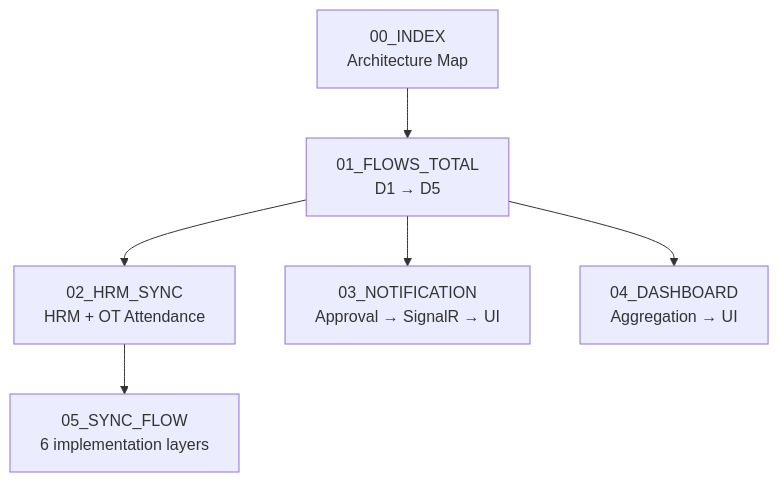
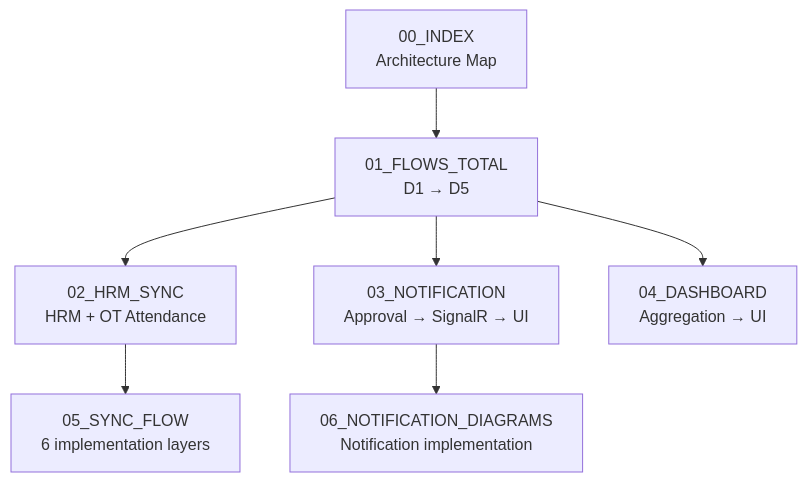
Before and after one commit to Nang0559/Reggister: the first of 4 diagrams in MÔ HÌNH/00_INDEX.md, drawn with Mermaid. The commit also changed other lines of this file, not shown here.

Commit message:
docs: link notification diagram supplement from architecture index

````diff
--- a/MÔ HÌNH/00_INDEX.md
+++ b/MÔ HÌNH/00_INDEX.md
@@ -9,8 +9,9 @@
 ```mermaid
 flowchart TD
     A[00_INDEX<br/>Architecture Map] --> B[01_FLOWS_TOTAL<br/>D1 → D5]
     B --> C[02_HRM_SYNC<br/>HRM + OT Attendance]
     B --> D[03_NOTIFICATION<br/>Approval → SignalR → UI]
     B --> E[04_DASHBOARD<br/>Aggregation → UI]
     C --> F[05_SYNC_FLOW<br/>6 implementation layers]
+    D --> G[06_NOTIFICATION_DIAGRAMS<br/>Notification implementation]
 ```
````
